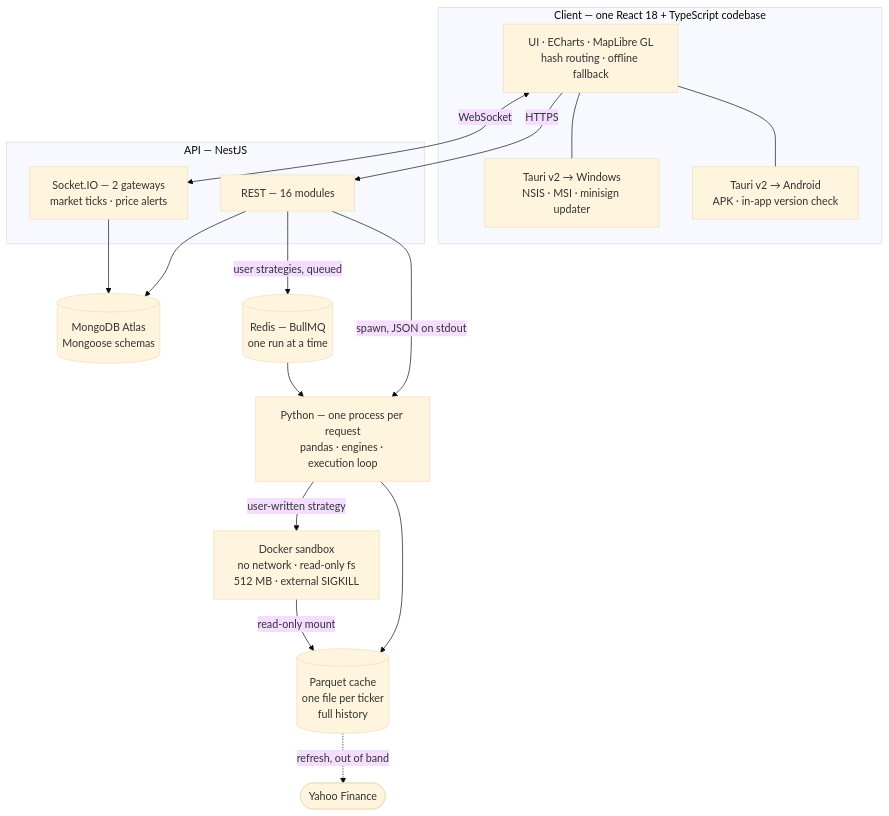
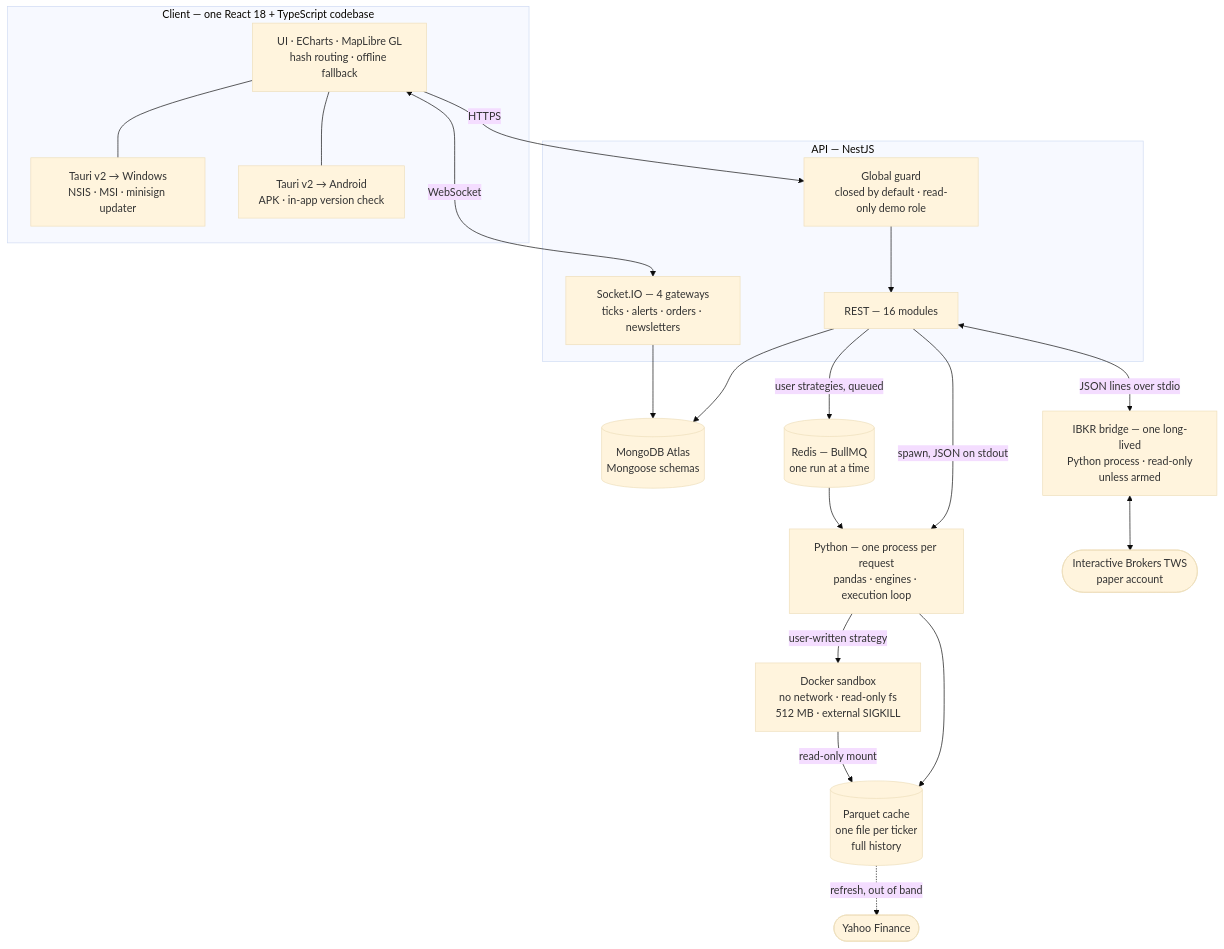
Before and after one commit to 3morbnssf5868/7vndvlv-releases: the diagram in README.md, drawn with Mermaid (base theme). The commit also changed other lines of this file, not shown here.

First line of the commit message:
docs: the README follows the app — execution desk, terminal, closed-by-default auth

````diff
--- a/README.md
+++ b/README.md
@@ -158,34 +185,40 @@
 ```mermaid
 flowchart TB
     subgraph client["Client — one React 18 + TypeScript codebase"]
         ui["UI · ECharts · MapLibre GL<br/>hash routing · offline fallback"]
         win["Tauri v2 → Windows<br/>NSIS · MSI · minisign updater"]
         droid["Tauri v2 → Android<br/>APK · in-app version check"]
         ui --- win
         ui --- droid
     end
 
     subgraph api["API — NestJS"]
+        guard["Global guard<br/>closed by default · read-only demo role"]
         rest["REST — 16 modules"]
-        ws["Socket.IO — 2 gateways<br/>market ticks · price alerts"]
+        ws["Socket.IO — 4 gateways<br/>ticks · alerts · orders · newsletters"]
+        guard --> rest
     end
 
     db[("MongoDB Atlas<br/>Mongoose schemas")]
     py["Python — one process per request<br/>pandas · engines · execution loop"]
     cache[("Parquet cache<br/>one file per ticker<br/>full history")]
     box["Docker sandbox<br/>no network · read-only fs<br/>512 MB · external SIGKILL"]
     q[("Redis — BullMQ<br/>one run at a time")]
+    bridge["IBKR bridge — one long-lived<br/>Python process · read-only<br/>unless armed"]
+    tws(["Interactive Brokers TWS<br/>paper account"])
     yf(["Yahoo Finance"])
 
-    ui -->|HTTPS| rest
+    ui -->|HTTPS| guard
     ui <-->|WebSocket| ws
     rest --> db
     ws --> db
     rest -->|spawn, JSON on stdout| py
     rest -->|user strategies, queued| q
     q --> py
     py --> cache
     cache -.->|refresh, out of band| yf
     py -->|user-written strategy| box
     box -->|read-only mount| cache
+    rest <-->|JSON lines over stdio| bridge
+    bridge <--> tws
 ```
````
